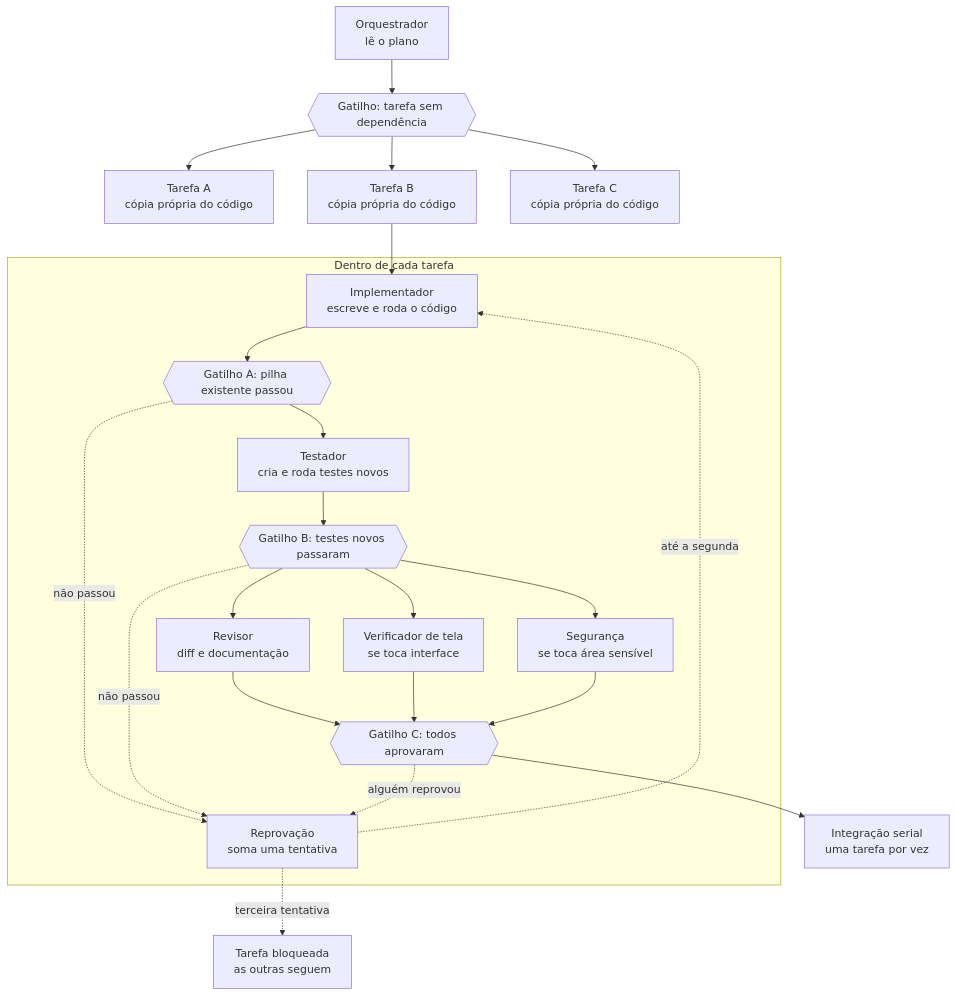
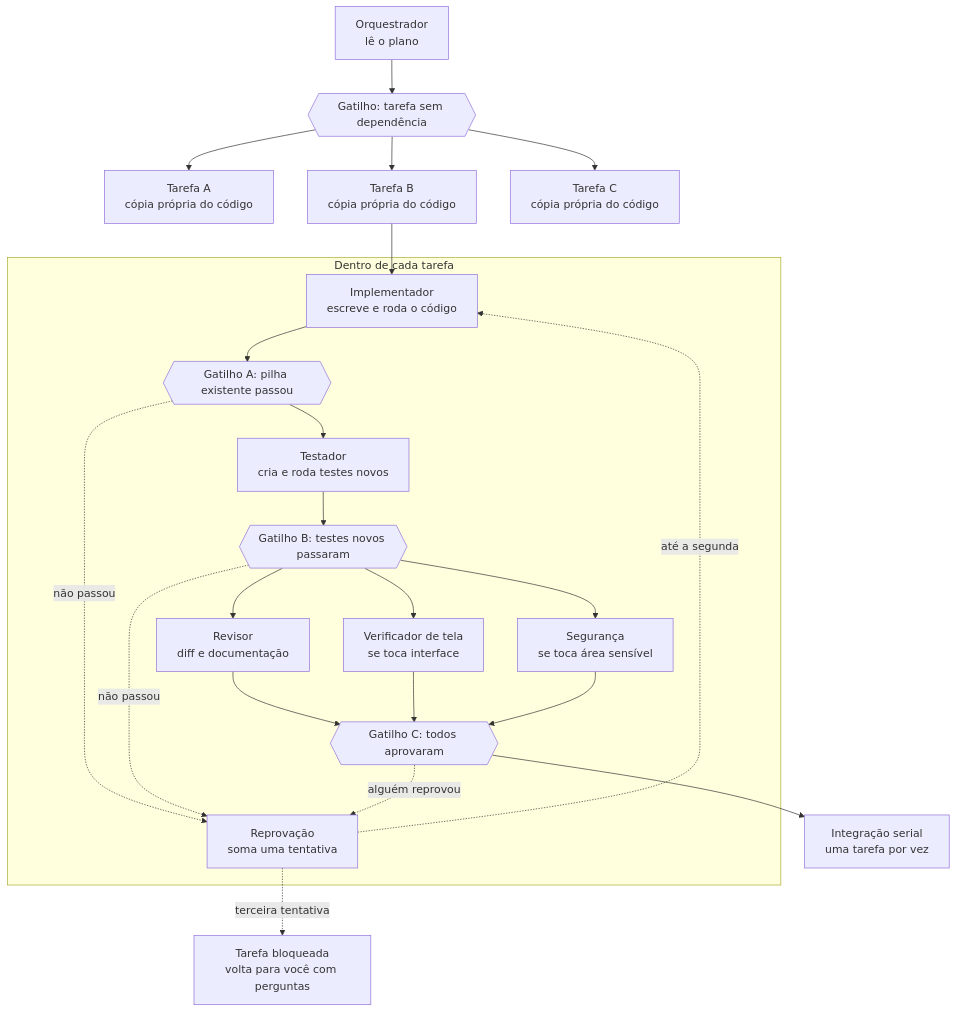
Before and after one commit to CAAD-LABS/CYBERSTACK: the fourth of 6 diagrams in docs/desenho.md, drawn with Mermaid. The commit also changed other lines of this file and 4 other files, not shown here.

First line of the commit message:
Tarefa bloqueada volta ao usuário na hora, com as perguntas para prosseguir

````diff
--- a/docs/desenho.md
+++ b/docs/desenho.md
@@ -199,43 +199,43 @@
 ```mermaid
 flowchart TD
     O["Orquestrador<br/>lê o plano"]
     G0{{"Gatilho: tarefa sem dependência"}}
     TA["Tarefa A<br/>cópia própria do código"]
     TB["Tarefa B<br/>cópia própria do código"]
     TC["Tarefa C<br/>cópia própria do código"]
 
     O --> G0
     G0 --> TA
     G0 --> TB
     G0 --> TC
     TB --> IMP
 
     subgraph CADA["Dentro de cada tarefa"]
         IMP["Implementador<br/>escreve e roda o código"]
         GA{{"Gatilho A: pilha existente passou"}}
         TES["Testador<br/>cria e roda testes novos"]
         GB{{"Gatilho B: testes novos passaram"}}
         REV["Revisor<br/>diff e documentação"]
         TEL["Verificador de tela<br/>se toca interface"]
         SEG["Segurança<br/>se toca área sensível"]
         GC{{"Gatilho C: todos aprovaram"}}
         REP["Reprovação<br/>soma uma tentativa"]
 
         IMP --> GA
         GA --> TES
         TES --> GB
         GB --> REV
         GB --> TEL
         GB --> SEG
         REV --> GC
         TEL --> GC
         SEG --> GC
         GA -.->|não passou| REP
         GB -.->|não passou| REP
         GC -.->|alguém reprovou| REP
         REP -.->|até a segunda| IMP
     end
 
     GC --> INT["Integração serial<br/>uma tarefa por vez"]
-    REP -.->|terceira tentativa| BLQ["Tarefa bloqueada<br/>as outras seguem"]
+    REP -.->|terceira tentativa| BLQ["Tarefa bloqueada<br/>volta para você com perguntas"]
 ```
````
